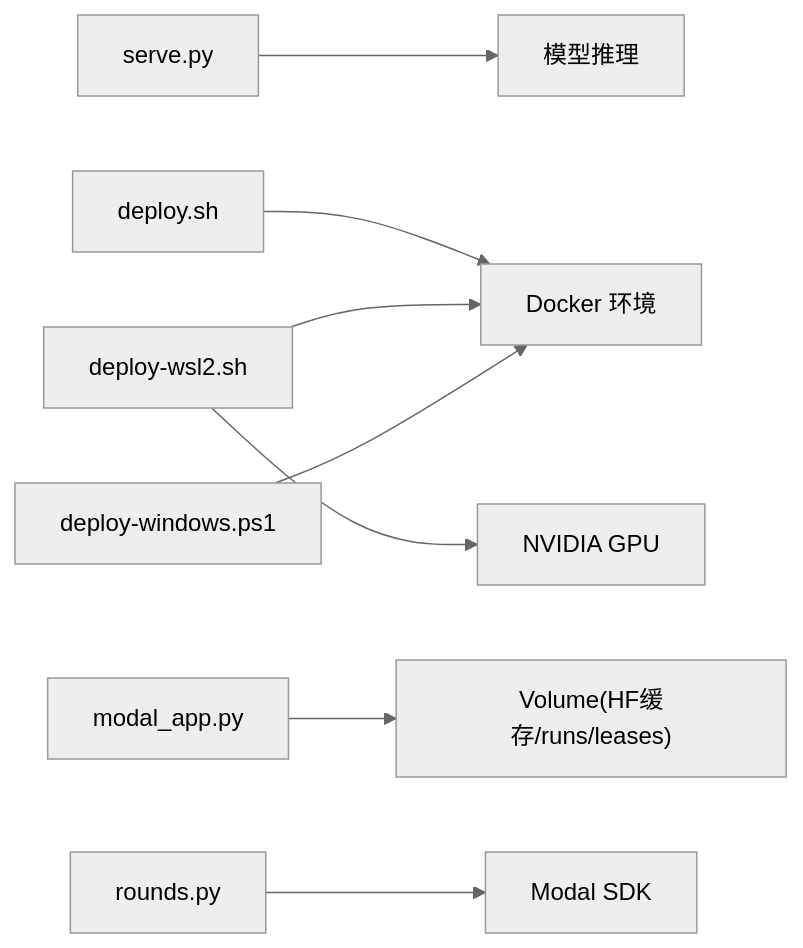
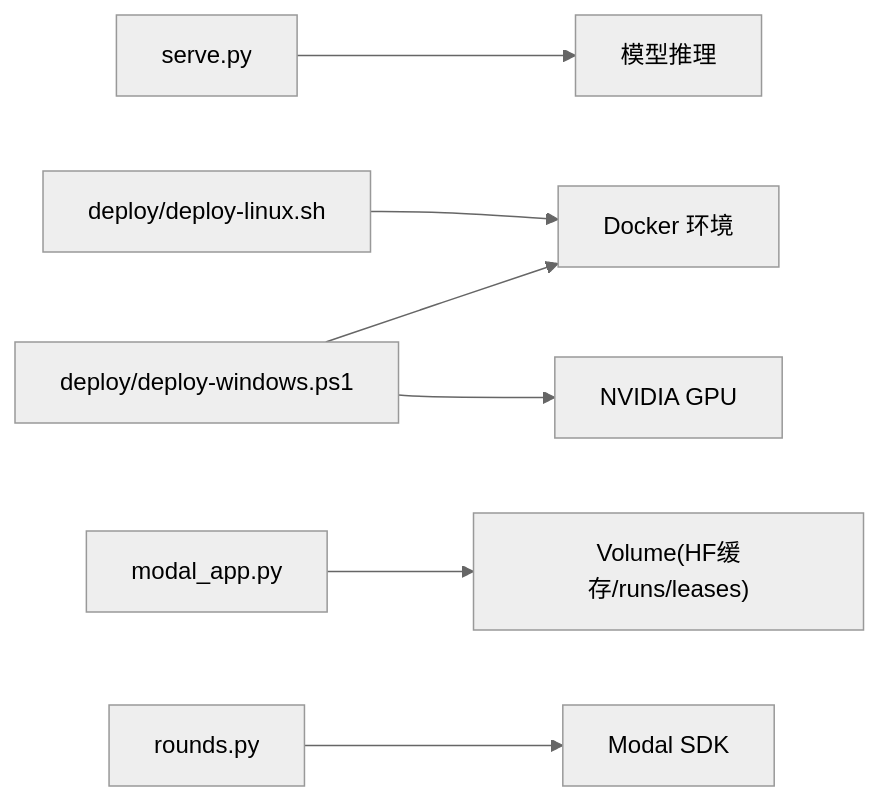
Before and after one commit to joezxh/kev: the eighth of 8 diagrams in .qoder/repowiki/zh/content/部署指南/部署指南.md, drawn with Mermaid (neutral theme). The commit also changed other lines of this file and 193 other files, not shown here.

````diff
--- a/.qoder/repowiki/zh/content/部署指南/部署指南.md
+++ b/.qoder/repowiki/zh/content/部署指南/部署指南.md
@@ -423,10 +472,9 @@
 ```mermaid
 graph LR
 Serve["serve.py"] --> Model["模型推理"]
-DockerScript["deploy.sh"] --> Docker["Docker 环境"]
-WSL2Script["deploy-wsl2.sh"] --> Docker
-WSL2Script --> NVIDIA["NVIDIA GPU"]
-WinPSScript["deploy-windows.ps1"] --> Docker
+LinuxScript["deploy/deploy-linux.sh"] --> Docker["Docker 环境"]
+WinPSScript["deploy/deploy-windows.ps1"] --> Docker
+WinPSScript --> NVIDIA["NVIDIA GPU"]
 ModalApp["modal_app.py"] --> Volume["Volume(HF缓存/runs/leases)"]
 Rounds["rounds.py"] --> ModalSDK["Modal SDK"]
 ```
````
